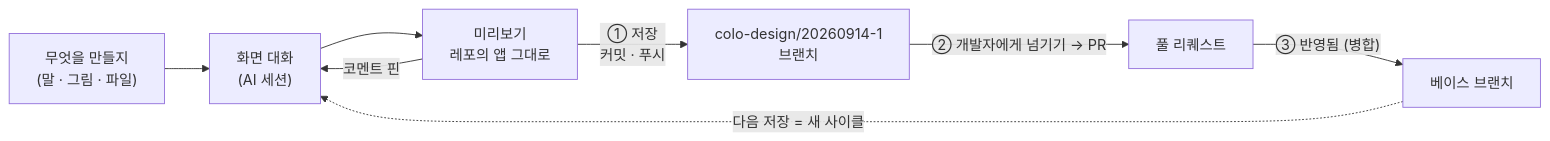
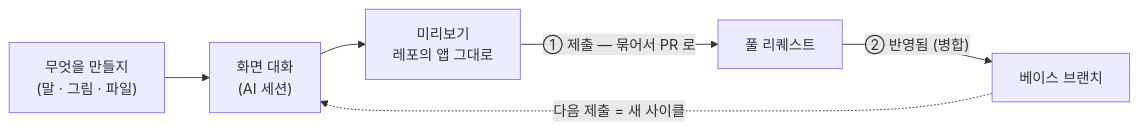
One commit to inkwonjung-colosseum/colo-design changed the first of 2 diagrams in README.md. Above: the diagram before and after it, drawn with Mermaid. The commit also changed other lines of this file, not shown here.

````diff
--- a/README.md
+++ b/README.md
@@ -63,10 +65,8 @@
 ```mermaid
 flowchart LR
     ask["무엇을 만들지<br/>(말 · 그림 · 파일)"] --> chat["화면 대화<br/>(AI 세션)"]
     chat --> preview["미리보기<br/>레포의 앱 그대로"]
-    preview -->|"코멘트 핀"| chat
-    preview -->|"① 저장<br/>커밋 · 푸시"| branch["colo-design/20260914-1<br/>브랜치"]
-    branch -->|"② 개발자에게 넘기기 → PR"| pr["풀 리퀘스트"]
-    pr -->|"③ 반영됨 (병합)"| base["베이스 브랜치"]
-    base -.->|"다음 저장 = 새 사이클"| chat
+    preview -->|"① 제출 — 묶어서 PR 로"| pr["풀 리퀘스트"]
+    pr -->|"② 반영됨 (병합)"| base["베이스 브랜치"]
+    base -.->|"다음 제출 = 새 사이클"| chat
 ```
````
